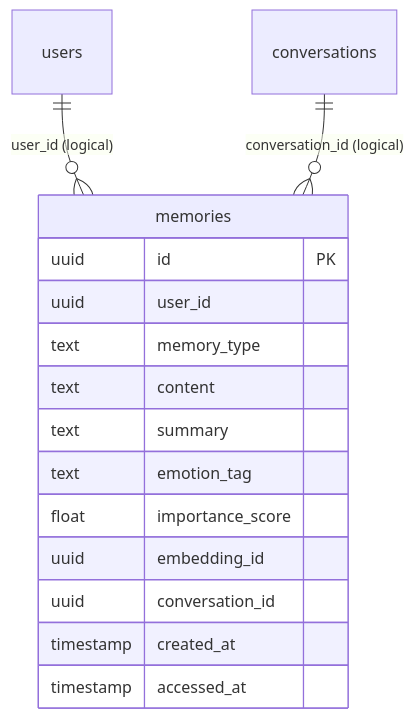
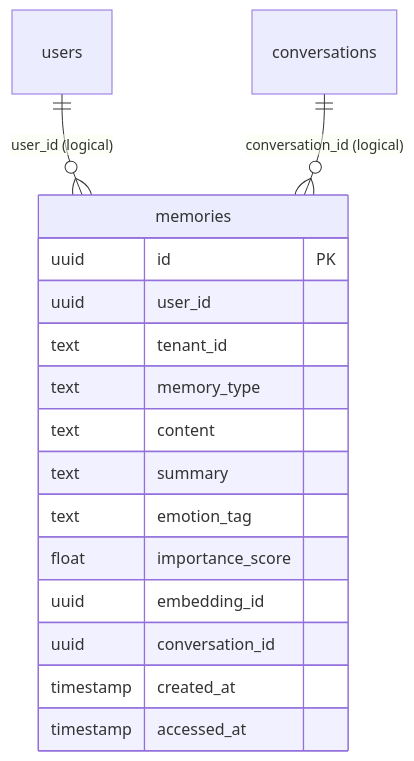
Before and after one commit to master-node1/the-aura-mind: the second of 4 diagrams in services/memory-service/README.md, drawn with Mermaid. The commit also changed other lines of this file and 20 other files, not shown here.

````diff
--- a/services/memory-service/README.md
+++ b/services/memory-service/README.md
@@ -140,18 +141,19 @@
 ```mermaid
 erDiagram
     users ||--o{ memories : "user_id (logical)"
     conversations ||--o{ memories : "conversation_id (logical)"
     memories {
         uuid id PK
         uuid user_id
+        text tenant_id
         text memory_type
         text content
         text summary
         text emotion_tag
         float importance_score
         uuid embedding_id
         uuid conversation_id
         timestamp created_at
         timestamp accessed_at
     }
 ```
````
